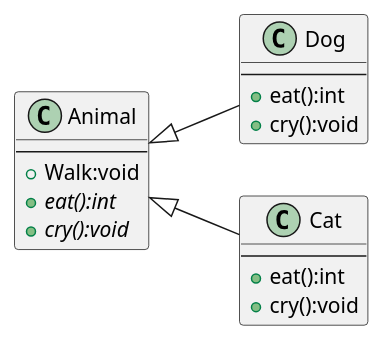
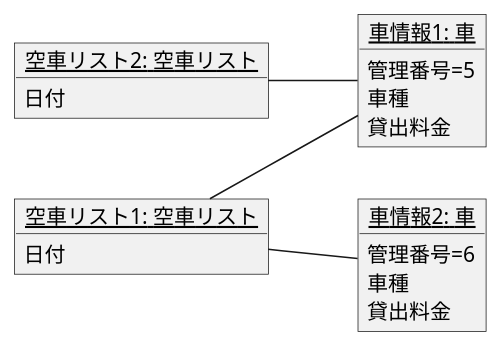
The diagram in 例題３－２.pu (syutamorijyobi/uml-introduction), drawn with PlantUML before and after one commit. The commit also changed 3 other files, not shown here.

```diff
--- a/例題３－２.pu
+++ b/例題３－２.pu
@@ -1,56 +1,76 @@
 @startuml 例題
 left to right direction
 ' class 会社{}
 ' class 社員 {}
 ' 会社-->社員:雇う
 ' 会社 "0..1"--"*"社員
 ' note left of 会社:雇用者
 ' note right of 社員:従業員
 ' right or left or top
 ' パソコン"1" *-- ハードディスク
 ' note right of パソコン
 ' ハードディスクがないと成り立ちません。
 ' end note
 
 ' class 社員{
 ' - 社員ID
 ' - 社員名
 ' ---
 ' + 社員ID設定（社員ID:int）:void
 ' + 社員ID取得（）:int
 ' + 社員名設定（社員名:String）:void
 ' + 社員名取得（）:String
 ' }
 ' class 技術社員{
 ' - プロジェクト名:String
 ' ---
 ' + プロジェクト名設定（プロジェクト名:String）:void
 ' + プロジェクト名取得（）:String
 ' }
 ' class 営業社員{
 ' - 担当地域名:String
 ' ---
 ' + 担当地域名設定（プロジェクト名:String）:void
 ' + 担当地域名取得（）:String
 ' }
 ' 社員<|--down- 技術社員
 ' 社員<|--down- 営業社員
-    class Animal {
----
-+ Walk:void
-+ {abstract} eat():int
-+ {abstract} cry():void
+'     class Animal {
+' ---
+' + Walk:void
+' + {abstract} eat():int
+' + {abstract} cry():void
+' }
+' class Dog {
+' ---
+' + eat():int
+' + cry():void
+' }
+' class Cat {
+' ---
+' + eat():int
+' + cry():void
+' }
+' Animal <|-down- Dog
+' Animal <|-down- Cat
+' left to right direction
+object "<u>空車リスト2: 空車リスト</u>" as k2 {
+日付
 }
-class Dog {
----
-+ eat():int
-+ cry():void
+object "<u>空車リスト1: 空車リスト</u>" as k1 {
+日付
 }
-class Cat {
----
-+ eat():int
-+ cry():void
+object "<u>車情報1: 車</u>" as car1 {
+管理番号=5
+車種
+貸出料金
 }
-Animal <|-down- Dog
-Animal <|-down- Cat
+object "<u>車情報2: 車</u>" as car2 {
+管理番号=6
+車種
+貸出料金
+}
+k1 -- car1
+k1 -- car2
+k2 -- car1
 @enduml
```
